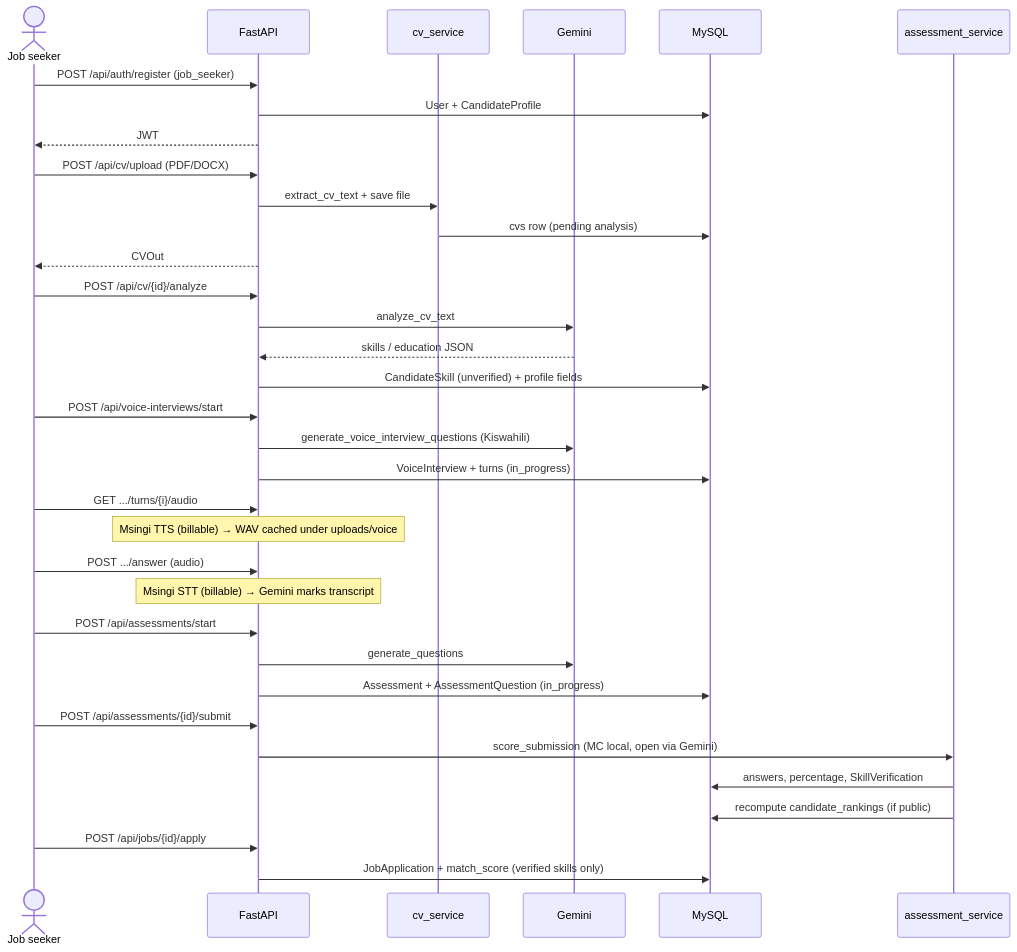
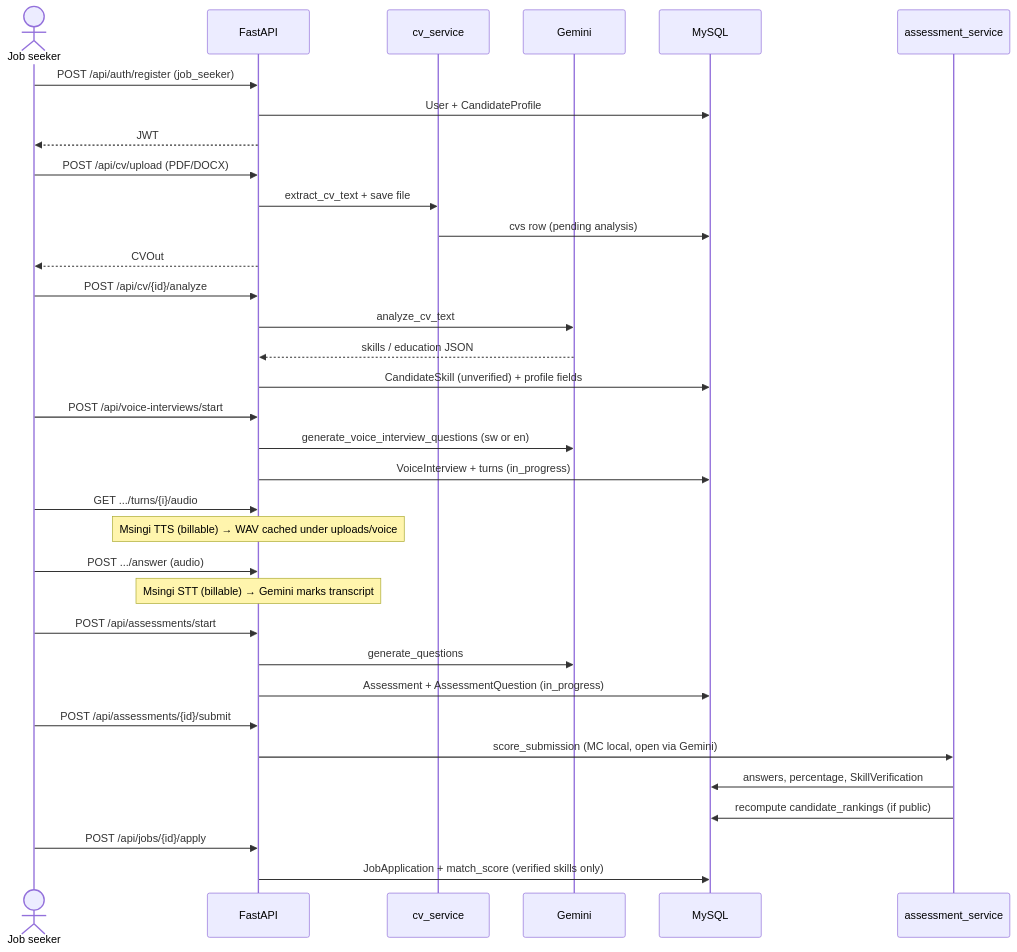
Before and after one commit to Peterh04/thibitishaSkillz: the second of 5 diagrams in backend/ARCHITECTURE.md, drawn with Mermaid. The commit also changed other lines of this file and 19 other files, not shown here.

````diff
--- a/backend/ARCHITECTURE.md
+++ b/backend/ARCHITECTURE.md
@@ -90,45 +96,45 @@
 ```mermaid
 sequenceDiagram
   actor S as Job seeker
   participant API as FastAPI
   participant CV as cv_service
   participant G as Gemini
   participant DB as MySQL
   participant AS as assessment_service
 
   S->>API: POST /api/auth/register (job_seeker)
   API->>DB: User + CandidateProfile
   API-->>S: JWT
 
   S->>API: POST /api/cv/upload (PDF/DOCX)
   API->>CV: extract_cv_text + save file
   CV->>DB: cvs row (pending analysis)
   API-->>S: CVOut
 
   S->>API: POST /api/cv/{id}/analyze
   API->>G: analyze_cv_text
   G-->>API: skills / education JSON
   API->>DB: CandidateSkill (unverified) + profile fields
 
   S->>API: POST /api/voice-interviews/start
-  API->>G: generate_voice_interview_questions (Kiswahili)
+  API->>G: generate_voice_interview_questions (sw or en)
   API->>DB: VoiceInterview + turns (in_progress)
 
   S->>API: GET .../turns/{i}/audio
   Note over API: Msingi TTS (billable) → WAV cached under uploads/voice
 
   S->>API: POST .../answer (audio)
   Note over API: Msingi STT (billable) → Gemini marks transcript
 
   S->>API: POST /api/assessments/start
   API->>G: generate_questions
   API->>DB: Assessment + AssessmentQuestion (in_progress)
 
   S->>API: POST /api/assessments/{id}/submit
   API->>AS: score_submission (MC local, open via Gemini)
   AS->>DB: answers, percentage, SkillVerification
   AS->>DB: recompute candidate_rankings (if public)
 
   S->>API: POST /api/jobs/{id}/apply
   API->>DB: JobApplication + match_score (verified skills only)
 ```
````
